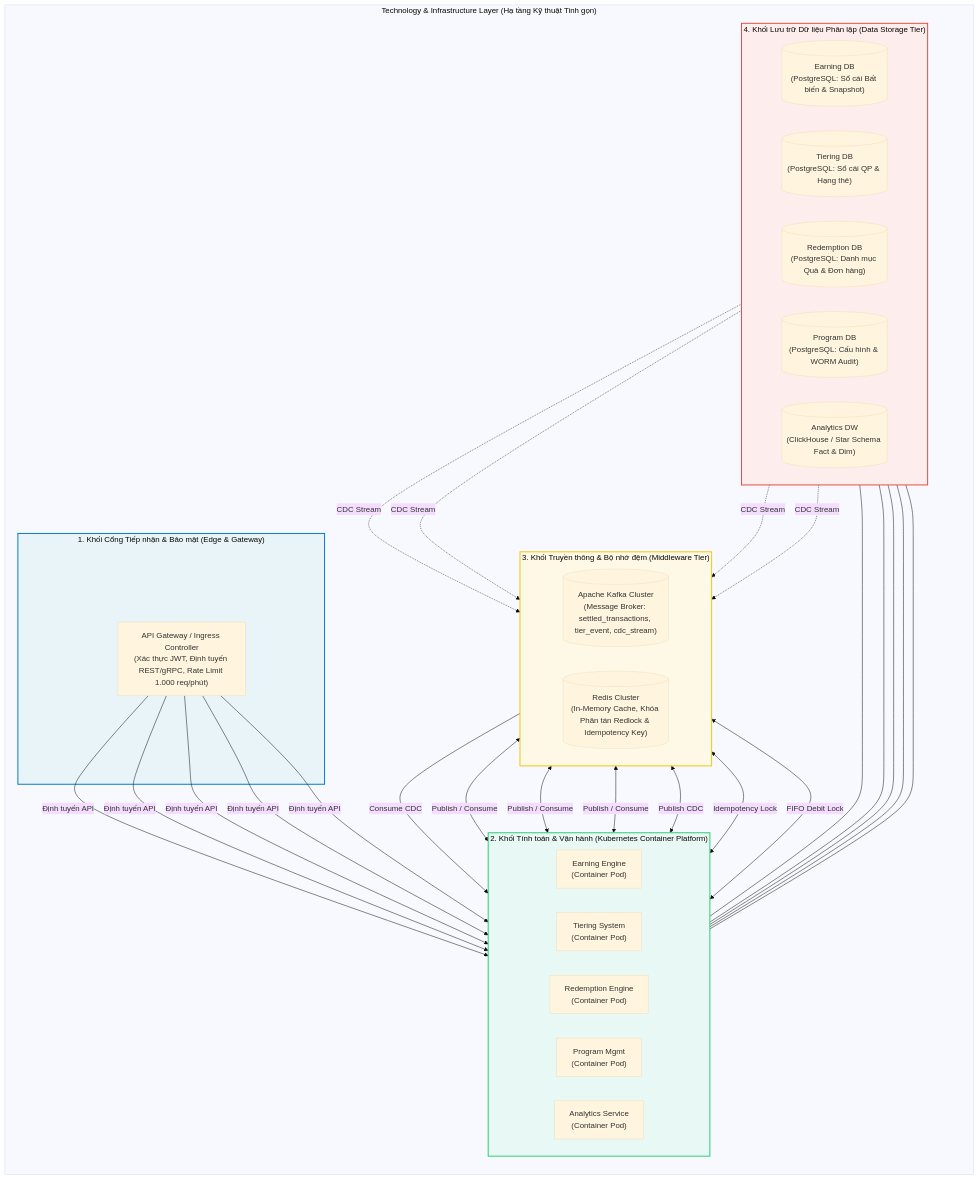
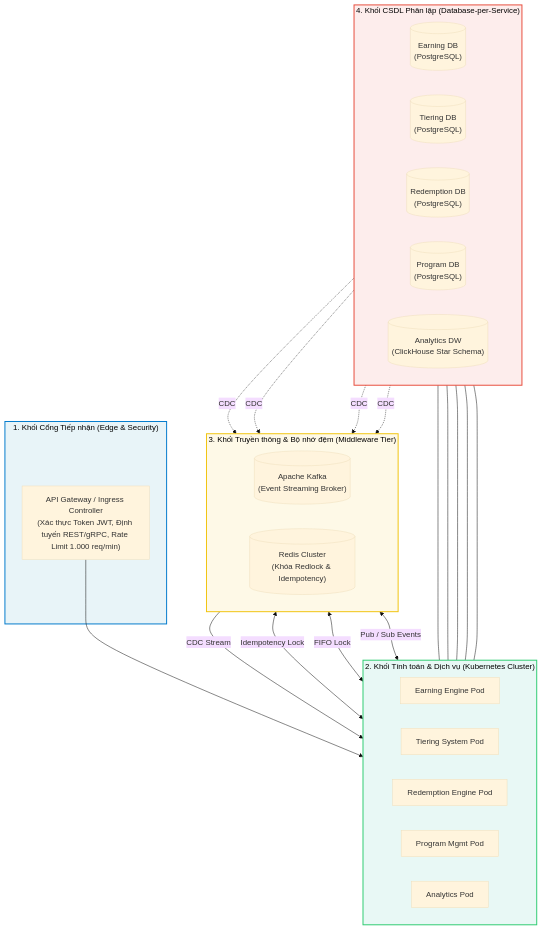
Before and after one commit to quangvtuet/loyalty_system_docs: the fifth of 7 diagrams in architecture/ArchiMate-Layer-Diagrams.md, drawn with Mermaid (base theme). The commit also changed other lines of this file and 1 other file, not shown here.

````diff
--- a/architecture/ArchiMate-Layer-Diagrams.md
+++ b/architecture/ArchiMate-Layer-Diagrams.md
@@ -440,73 +195,53 @@
 ```mermaid
 flowchart TD
-    subgraph TechLayer["Technology & Infrastructure Layer (Hạ tầng Kỹ thuật Tinh gọn)"]
-        direction TB
-
-        %% 1. EDGE & GATEWAY
-        subgraph Layer_Edge["1. Khối Cổng Tiếp nhận & Bảo mật (Edge & Gateway)"]
-            INGRESS["API Gateway / Ingress Controller\n(Xác thực JWT, Định tuyến REST/gRPC, Rate Limit 1.000 req/phút)"]
-        end
-
-        %% 2. COMPUTE
-        subgraph Layer_Compute["2. Khối Tính toán & Vận hành (Kubernetes Container Platform)"]
-            direction LR
-            SVC_EE["Earning Engine\n(Container Pod)"]
-            SVC_TS["Tiering System\n(Container Pod)"]
-            SVC_RE["Redemption Engine\n(Container Pod)"]
-            SVC_PM["Program Mgmt\n(Container Pod)"]
-            SVC_AR["Analytics Service\n(Container Pod)"]
-        end
-
-        %% 3. MIDDLEWARE
-        subgraph Layer_Middleware["3. Khối Truyền thông & Bộ nhớ đệm (Middleware Tier)"]
-            direction LR
-            KAFKA[("Apache Kafka Cluster\n(Message Broker: settled_transactions, tier_event, cdc_stream)")]
-            REDIS[("Redis Cluster\n(In-Memory Cache, Khóa Phân tán Redlock & Idempotency Key)")]
-        end
-
-        %% 4. PERSISTENCE
-        subgraph Layer_Storage["4. Khối Lưu trữ Dữ liệu Phân lập (Data Storage Tier)"]
-            direction LR
-            DB_EE[("Earning DB\n(PostgreSQL: Sổ cái Bất biến & Snapshot)")]
-            DB_TS[("Tiering DB\n(PostgreSQL: Sổ cái QP & Hạng thẻ)")]
-            DB_RED[("Redemption DB\n(PostgreSQL: Danh mục Quà & Đơn hàng)")]
-            DB_PM[("Program DB\n(PostgreSQL: Cấu hình & WORM Audit)")]
-            DB_DW[("Analytics DW\n(ClickHouse / Star Schema Fact & Dim)")]
-        end
+    subgraph Edge["1. Khối Cổng Tiếp nhận (Edge & Security)"]
+        INGRESS["API Gateway / Ingress Controller\n(Xác thực Token JWT, Định tuyến REST/gRPC, Rate Limit 1.000 req/min)"]
     end
 
-    %% Kết nối Gateway xuống Services
-    INGRESS -->|Định tuyến API| SVC_EE
-    INGRESS -->|Định tuyến API| SVC_TS
-    INGRESS -->|Định tuyến API| SVC_RE
-    INGRESS -->|Định tuyến API| SVC_PM
-    INGRESS -->|Định tuyến API| SVC_AR
+    subgraph Compute["2. Khối Tính toán & Dịch vụ (Kubernetes Cluster)"]
+        direction LR
+        P_EE["Earning Engine Pod"]
+        P_TS["Tiering System Pod"]
+        P_RE["Redemption Engine Pod"]
+        P_PM["Program Mgmt Pod"]
+        P_AR["Analytics Pod"]
+    end
 
-    %% Kết nối Services với Middleware
-    SVC_EE <-->|Publish / Consume| KAFKA
-    SVC_TS <-->|Publish / Consume| KAFKA
-    SVC_RE <-->|Publish / Consume| KAFKA
-    SVC_PM <-->|Publish CDC| KAFKA
-    KAFKA -->|Consume CDC| SVC_AR
+    subgraph Middleware["3. Khối Truyền thông & Bộ nhớ đệm (Middleware Tier)"]
+        direction LR
+        KAFKA[("Apache Kafka\n(Event Streaming Broker)")]
+        REDIS[("Redis Cluster\n(Khóa Redlock & Idempotency)")]
+    end
 
-    SVC_EE <-->|Idempotency Lock| REDIS
-    SVC_RE <-->|FIFO Debit Lock| REDIS
+    subgraph Storage["4. Khối CSDL Phân lập (Database-per-Service)"]
+        direction LR
+        DB_EE[("Earning DB\n(PostgreSQL)")]
+        DB_TS[("Tiering DB\n(PostgreSQL)")]
+        DB_RED[("Redemption DB\n(PostgreSQL)")]
+        DB_PM[("Program DB\n(PostgreSQL)")]
+        DB_DW[("Analytics DW\n(ClickHouse Star Schema)")]
+    end
 
-    %% Kết nối Services với CSDL riêng (Database-per-Service)
-    SVC_EE --- DB_EE
-    SVC_TS --- DB_TS
-    SVC_RE --- DB_RED
-    SVC_PM --- DB_PM
-    SVC_AR --- DB_DW
+    INGRESS --> Compute
 
-    %% Đồng bộ CDC từ OLTP sang OLAP
-    DB_EE -.->|CDC Stream| KAFKA
-    DB_TS -.->|CDC Stream| KAFKA
-    DB_RED -.->|CDC Stream| KAFKA
-    DB_PM -.->|CDC Stream| KAFKA
+    Compute <-->|Pub / Sub Events| KAFKA
+    P_EE <-->|Idempotency Lock| REDIS
+    P_RE <-->|FIFO Lock| REDIS
 
-    style Layer_Edge fill:#e8f4f8,stroke:#007acc,stroke-width:2px
-    style Layer_Compute fill:#e8f8f5,stroke:#2ecc71,stroke-width:2px
-    style Layer_Middleware fill:#fef9e7,stroke:#f1c40f,stroke-width:2px
-    style Layer_Storage fill:#fdedec,stroke:#e74c3c,stroke-width:2px
+    P_EE --- DB_EE
+    P_TS --- DB_TS
+    P_RE --- DB_RED
+    P_PM --- DB_PM
+    P_AR --- DB_DW
+
+    DB_EE -.->|CDC| KAFKA
+    DB_TS -.->|CDC| KAFKA
+    DB_RED -.->|CDC| KAFKA
+    DB_PM -.->|CDC| KAFKA
+    KAFKA -->|CDC Stream| P_AR
+
+    style Edge fill:#e8f4f8,stroke:#007acc,stroke-width:2px,color:#000
+    style Compute fill:#e8f8f5,stroke:#2ecc71,stroke-width:2px,color:#000
+    style Middleware fill:#fef9e7,stroke:#f1c40f,stroke-width:2px,color:#000
+    style Storage fill:#fdedec,stroke:#e74c3c,stroke-width:2px,color:#000
 ```
````
